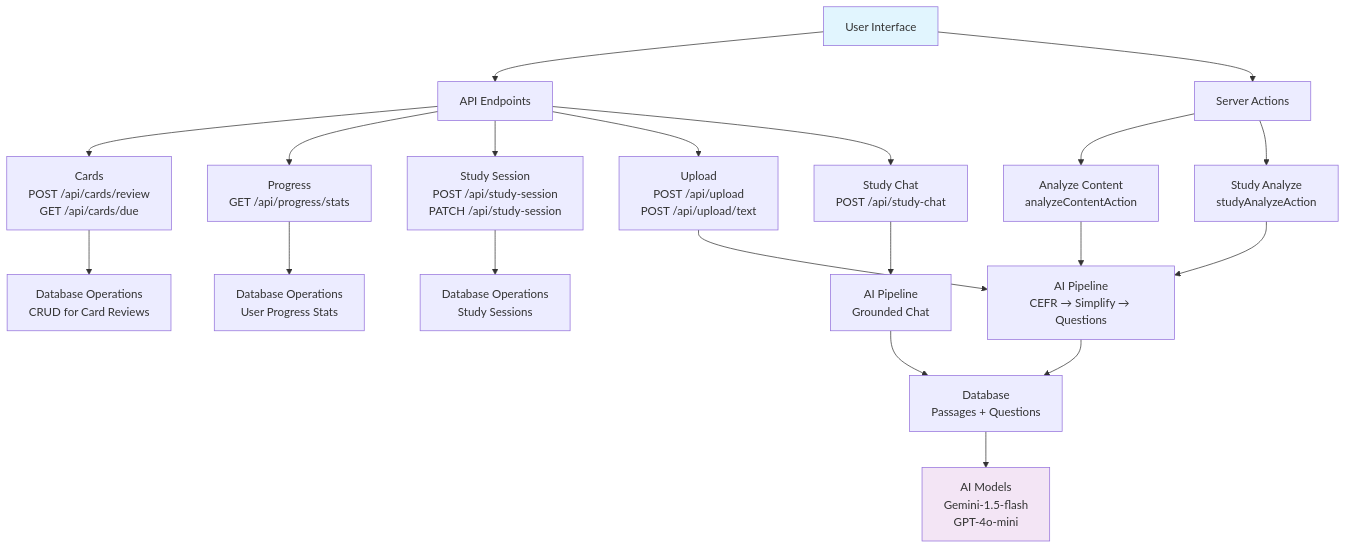
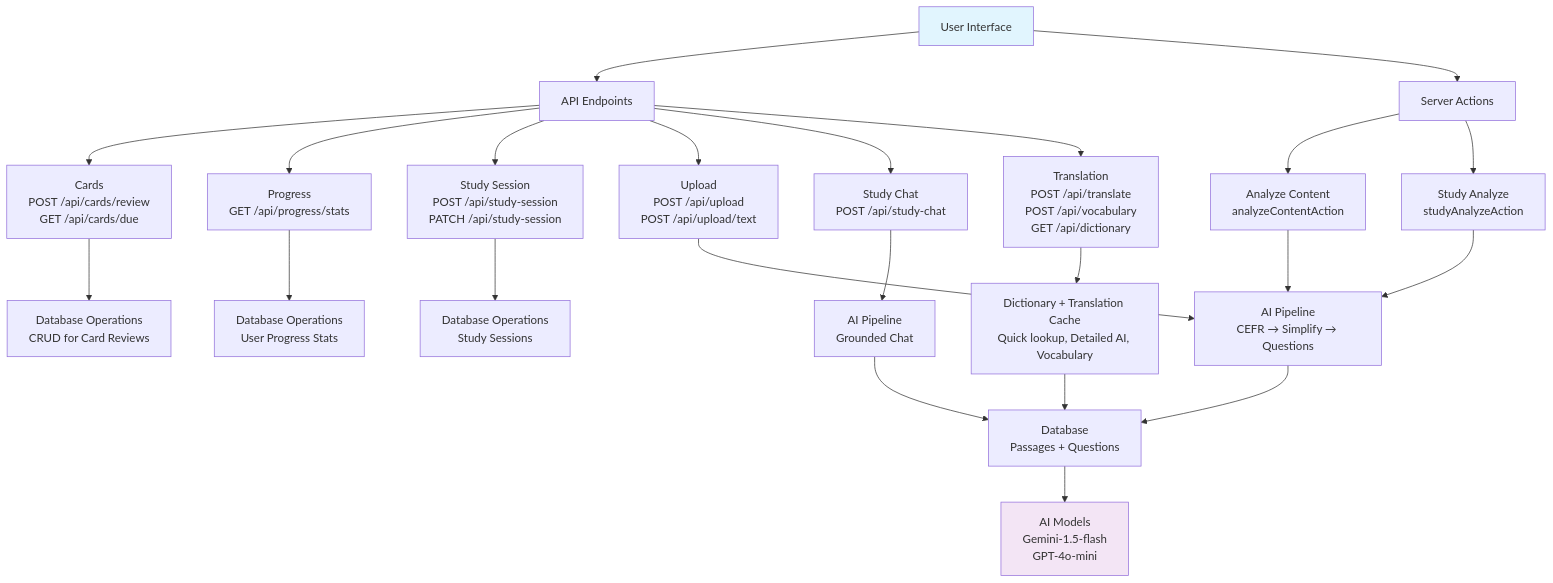
One commit to BoneTheDeveloper/ReadingPro changed the diagram in docs/API/overview.md. Above: the diagram before and after it, drawn with Mermaid. The commit also changed other lines of this file and 28 other files, not shown here.

Commit message:
feat(study): complete inline translation flow

````diff
--- a/docs/API/overview.md
+++ b/docs/API/overview.md
@@ -3,30 +3,33 @@
 ```mermaid
 flowchart TD
     A[User Interface] --> B[API Endpoints]
     A --> C[Server Actions]
     
     B --> D[Cards<br>POST /api/cards/review<br>GET /api/cards/due]
     B --> E[Progress<br>GET /api/progress/stats]
     B --> F[Study Session<br>POST /api/study-session<br>PATCH /api/study-session]
     B --> G[Upload<br>POST /api/upload<br>POST /api/upload/text]
     B --> H[Study Chat<br>POST /api/study-chat]
+    B --> R[Translation<br>POST /api/translate<br>POST /api/vocabulary<br>GET /api/dictionary]
     
     C --> I[Analyze Content<br>analyzeContentAction]
     C --> J[Study Analyze<br>studyAnalyzeAction]
     
     D --> K[Database Operations<br>CRUD for Card Reviews]
     E --> L[Database Operations<br>User Progress Stats]
     F --> M[Database Operations<br>Study Sessions]
     G --> N[AI Pipeline<br>CEFR → Simplify → Questions]
     H --> O[AI Pipeline<br>Grounded Chat]
+    R --> S[Dictionary + Translation Cache<br>Quick lookup, Detailed AI, Vocabulary]
     I --> N
     J --> N
     
     N --> P[Database<br>Passages + Questions]
     O --> P
+    S --> P
     
     P --> Q[AI Models<br>Gemini-1.5-flash<br>GPT-4o-mini]
     
     style A fill:#e1f5fe
     style Q fill:#f3e5f5
 ```
````
